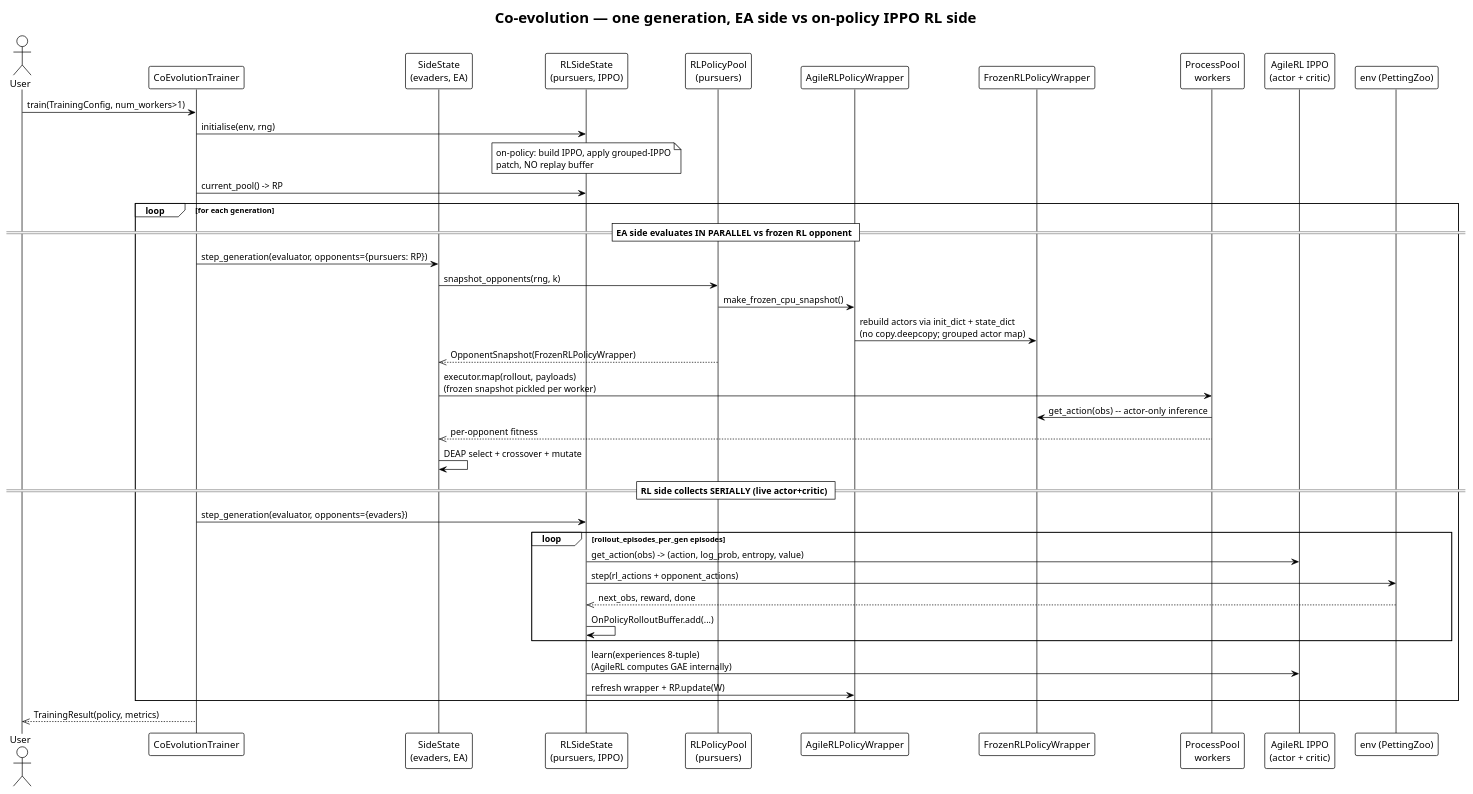
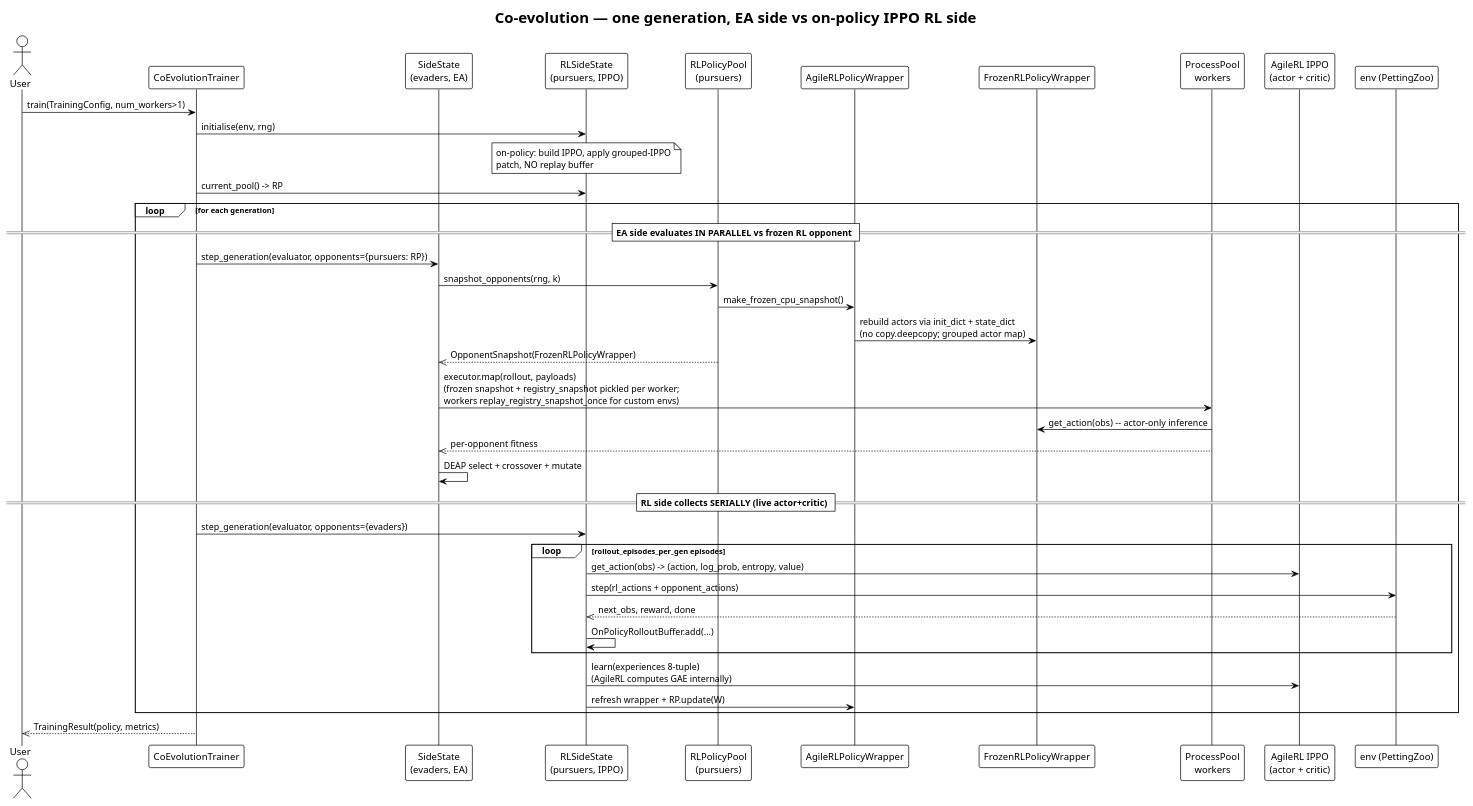
Before and after one commit to Alex180504/DEAP-Zoo-bridge: the diagram in docs/UML/sequence_coevolution_onpolicy.puml, drawn with PlantUML. The commit also changed 24 other files, not shown here.

```diff
--- a/docs/UML/sequence_coevolution_onpolicy.puml
+++ b/docs/UML/sequence_coevolution_onpolicy.puml
@@ -1,50 +1,50 @@
 @startuml sequence_coevolution_onpolicy
 !theme plain
 title Co-evolution — one generation, EA side vs on-policy IPPO RL side
 
 actor User
 participant "CoEvolutionTrainer" as T
 participant "SideState\n(evaders, EA)" as EA
 participant "RLSideState\n(pursuers, IPPO)" as RL
 participant "RLPolicyPool\n(pursuers)" as RP
 participant "AgileRLPolicyWrapper" as W
 participant "FrozenRLPolicyWrapper" as F
 participant "ProcessPool\nworkers" as WK
 participant "AgileRL IPPO\n(actor + critic)" as AG
 participant "env (PettingZoo)" as ENV
 
 User -> T : train(TrainingConfig, num_workers>1)
 T -> RL : initialise(env, rng)
 note over RL
   on-policy: build IPPO, apply grouped-IPPO
   patch, NO replay buffer
 end note
 T -> RL : current_pool() -> RP
 
 loop for each generation
   == EA side evaluates IN PARALLEL vs frozen RL opponent ==
   T -> EA : step_generation(evaluator, opponents={pursuers: RP})
   EA -> RP : snapshot_opponents(rng, k)
   RP -> W : make_frozen_cpu_snapshot()
   W -> F : rebuild actors via init_dict + state_dict\n(no copy.deepcopy; grouped actor map)
   RP -->> EA : OpponentSnapshot(FrozenRLPolicyWrapper)
-  EA -> WK : executor.map(rollout, payloads)\n(frozen snapshot pickled per worker)
+  EA -> WK : executor.map(rollout, payloads)\n(frozen snapshot + registry_snapshot pickled per worker;\nworkers replay_registry_snapshot_once for custom envs)
   WK -> F : get_action(obs)  -- actor-only inference
   WK -->> EA : per-opponent fitness
   EA -> EA : DEAP select + crossover + mutate
 
   == RL side collects SERIALLY (live actor+critic) ==
   T -> RL : step_generation(evaluator, opponents={evaders})
   loop rollout_episodes_per_gen episodes
     RL -> AG : get_action(obs) -> (action, log_prob, entropy, value)
     RL -> ENV : step(rl_actions + opponent_actions)
     ENV -->> RL : next_obs, reward, done
     RL -> RL : OnPolicyRolloutBuffer.add(...)
   end
   RL -> AG : learn(experiences 8-tuple)\n(AgileRL computes GAE internally)
   RL -> W : refresh wrapper + RP.update(W)
 end
 
 T -->> User : TrainingResult(policy, metrics)
 
 @enduml
```
